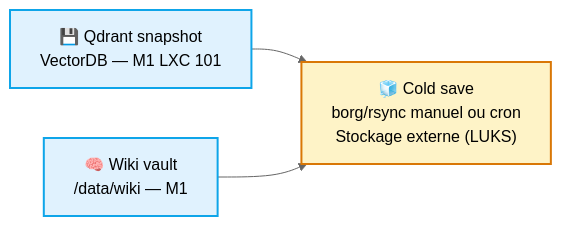
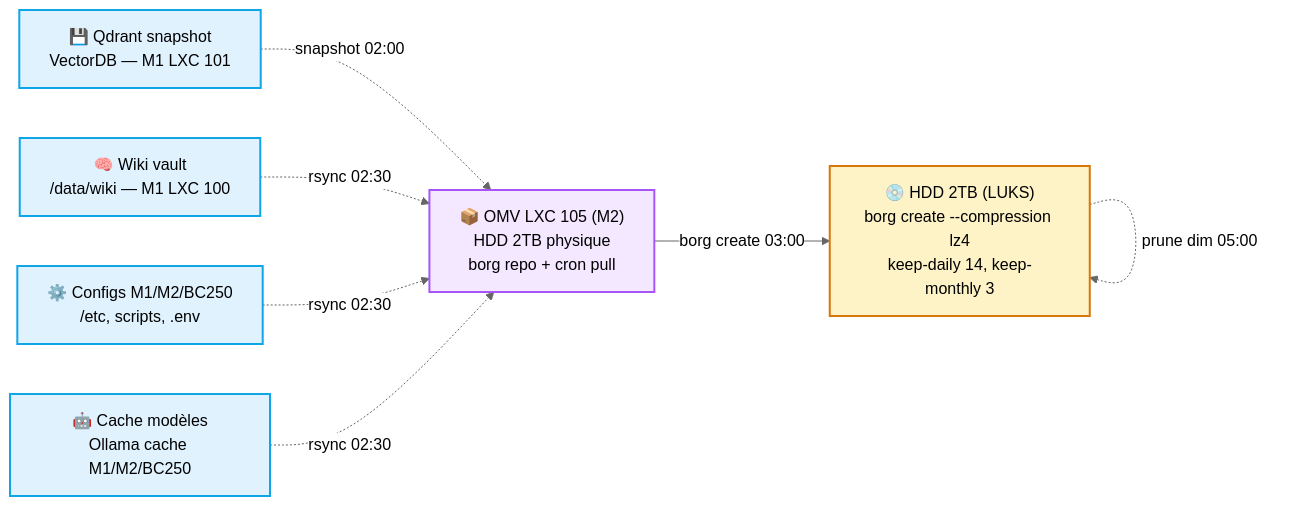
Before and after one commit to chelmooz/rag-multi-agent-cluster: the diagram in docs/diagrams/04-backup-cold.md, drawn with Mermaid (neutral theme). The commit also changed 6 other files, not shown here.

Commit message:
docs: backup OMV restauré M2 LXC 105 (HDD 2TB) + diagrams & backlog à jour, nginx retiré (pfSense reverse proxy)

````diff
--- a/docs/diagrams/04-backup-cold.md
+++ b/docs/diagrams/04-backup-cold.md
@@ -1,16 +1,26 @@
 ```mermaid
 flowchart LR
     classDef prod fill:#e0f2fe,stroke:#0ea5e9,stroke-width:2px
+    classDef omv fill:#f3e8ff,stroke:#a855f7,stroke-width:2px
     classDef cold fill:#fef3c7,stroke:#d97706,stroke-width:2px
 
     Qdrant["💾 Qdrant snapshot<br/>VectorDB — M1 LXC 101"]:::prod
-    Wiki["🧠 Wiki vault<br/>/data/wiki — M1"]:::prod
-    Cold["🧊 Cold save<br/>borg/rsync manuel ou cron<br/>Stockage externe (LUKS)"]:::cold
+    Wiki["🧠 Wiki vault<br/>/data/wiki — M1 LXC 100"]:::prod
+    Configs["⚙️ Configs M1/M2/BC250<br/>/etc, scripts, .env"]:::prod
+    Models["🤖 Cache modèles<br/>Ollama cache M1/M2/BC250"]:::prod
 
-    Qdrant --> Cold
-    Wiki --> Cold
+    OMV["📦 OMV LXC 105 (M2)<br/>HDD 2TB physique<br/>borg repo + cron pull"]:::omv
+    HDD["💿 HDD 2TB (LUKS)<br/>borg create --compression lz4<br/>keep-daily 14, keep-monthly 3"]:::cold
+
+    Qdrant -.->|snapshot 02:00| OMV
+    Wiki -.->|rsync 02:30| OMV
+    Configs -.->|rsync 02:30| OMV
+    Models -.->|rsync 02:30| OMV
+    OMV -->|borg create 03:00| HDD
+    HDD -.->|prune dim 05:00| HDD
 
     %% OS, LXC, modèles = reproductibles depuis le repo (scripts d'install + pull Ollama) : non sauvegardés.
-    %% Seules les données non reproductibles (index Qdrant + wiki généré) sont sauvegardées.
-    %% Pas de tier "backup live" dédié (OMV/LXC 105) : cold save déclenché directement depuis M1.
+    %% Seules les données non reproductibles (index Qdrant, wiki, configs) sont sauvegardées.
+    %% OMV LXC 105 sur Machine 2 avec HDD 2TB passthrough.
+    %% Borg repo LUKS avec repokey.
 ```
````
